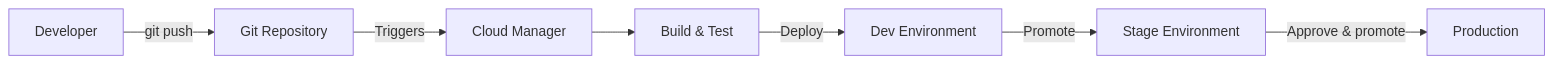
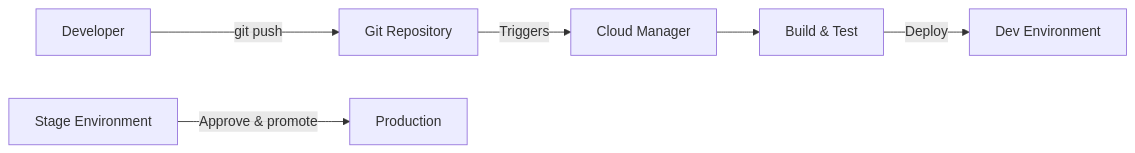
The first of 4 diagrams in docs/aem/beginners-guide/14-deployment-and-cloud-manager.md (LucaNerlich/lucanerlich.com), drawn with Mermaid before and after one commit. The commit also changed other lines of this file and 2 other files, not shown here.

````diff
--- a/docs/aem/beginners-guide/14-deployment-and-cloud-manager.md
+++ b/docs/aem/beginners-guide/14-deployment-and-cloud-manager.md
@@ -24,17 +24,16 @@
 ```mermaid
 flowchart LR
     Dev["Developer"]
     Git["Git Repository"]
     CM["Cloud Manager"]
     Build["Build & Test"]
     DevEnv["Dev Environment"]
     Stage["Stage Environment"]
     Prod["Production"]
 
     Dev -->|"git push"| Git
     Git -->|"Triggers"| CM
     CM --> Build
     Build -->|"Deploy"| DevEnv
-    DevEnv -->|"Promote"| Stage
     Stage -->|"Approve & promote"| Prod
 ```
````
